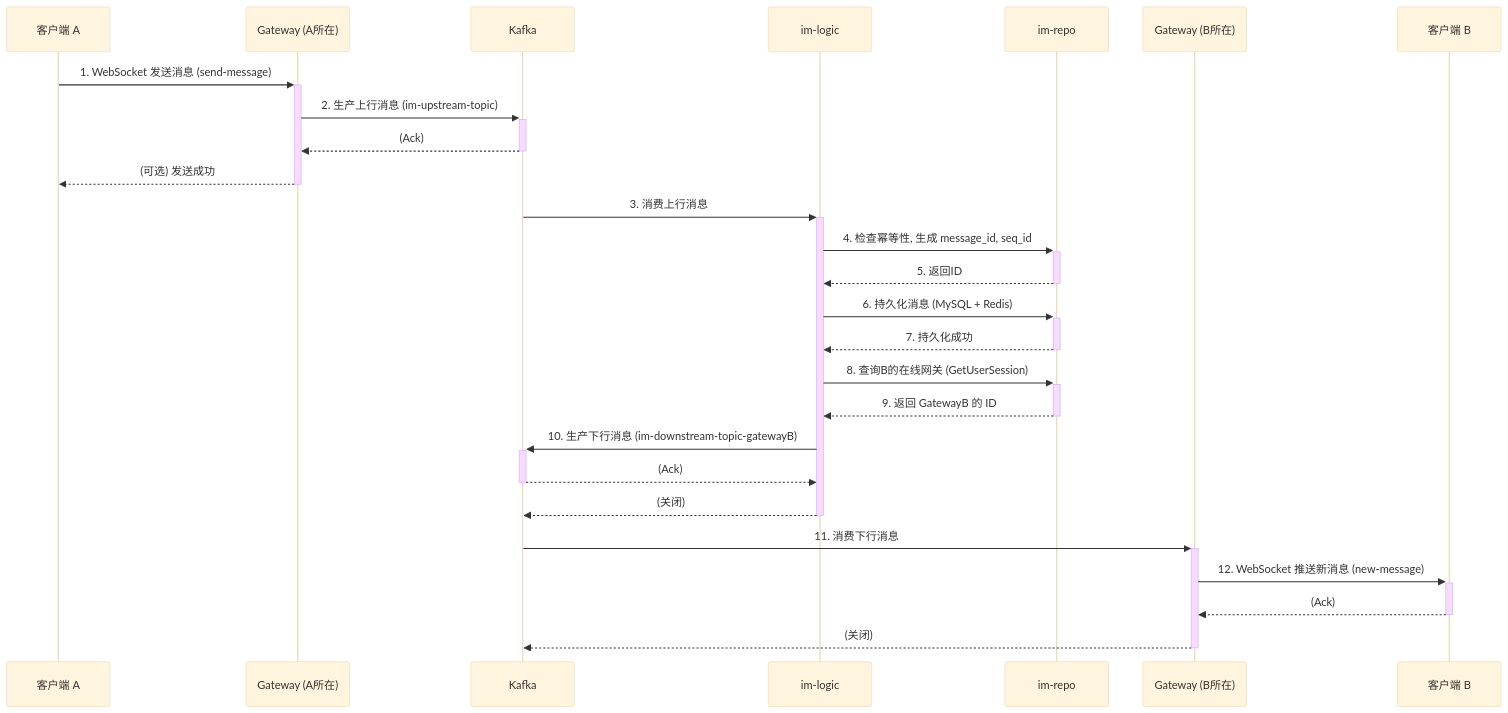
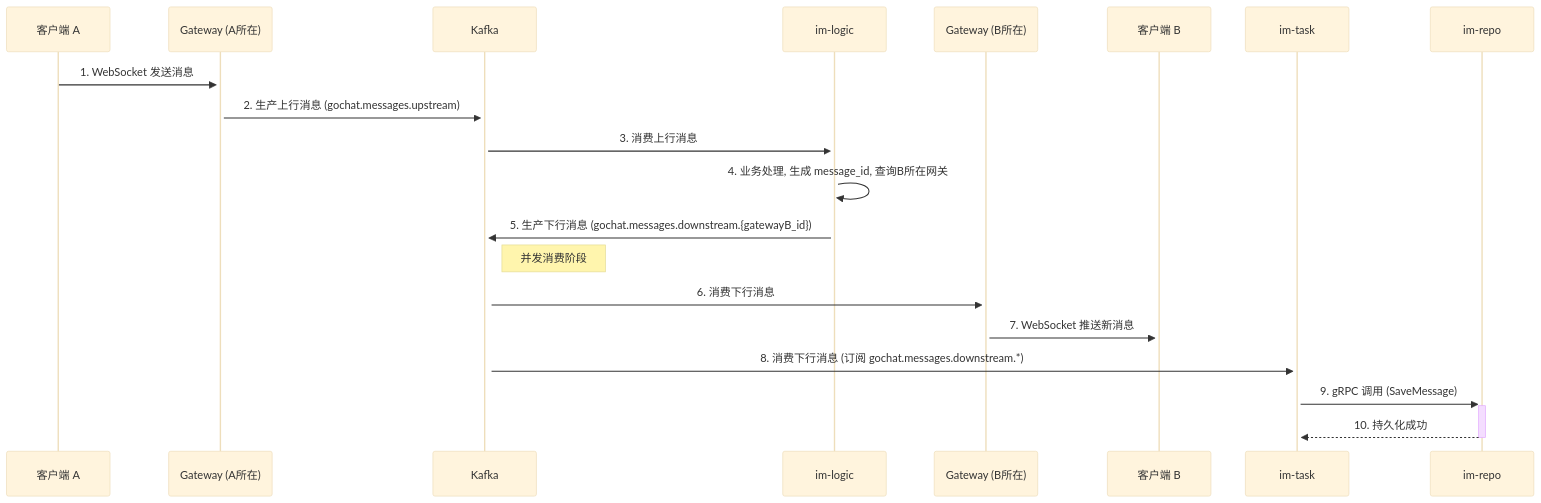
Before and after one commit to ceyewan/gochat: the second of 4 diagrams in docs/01_architecture/02_dataflow.md, drawn with Mermaid (base theme). The commit also changed other lines of this file and 19 other files, not shown here.

````diff
--- a/docs/01_architecture/02_dataflow.md
+++ b/docs/01_architecture/02_dataflow.md
@@ -38,31 +38,26 @@
 ```mermaid
 sequenceDiagram
     participant ClientA as 客户端 A
     participant GatewayA as Gateway (A所在)
     participant Kafka as Kafka
     participant Logic as im-logic
-    participant Repo as im-repo
     participant GatewayB as Gateway (B所在)
     participant ClientB as 客户端 B
+    participant Task as im-task
+    participant Repo as im-repo
 
-    ClientA->>+GatewayA: 1. WebSocket 发送消息 (send-message)
-    GatewayA->>+Kafka: 2. 生产上行消息 (im-upstream-topic)
-    Kafka-->>-GatewayA: (Ack)
-    GatewayA-->>-ClientA: (可选) 发送成功
+    ClientA->>+GatewayA: 1. WebSocket 发送消息
+    GatewayA->>+Kafka: 2. 生产上行消息 (gochat.messages.upstream)
 
     Kafka->>+Logic: 3. 消费上行消息
-    Logic->>+Repo: 4. 检查幂等性, 生成 message_id, seq_id
-    Repo-->>-Logic: 5. 返回ID
-    Logic->>+Repo: 6. 持久化消息 (MySQL + Redis)
-    Repo-->>-Logic: 7. 持久化成功
-    Logic->>+Repo: 8. 查询B的在线网关 (GetUserSession)
-    Repo-->>-Logic: 9. 返回 GatewayB 的 ID
-    Logic->>+Kafka: 10. 生产下行消息 (im-downstream-topic-gatewayB)
-    Kafka-->>-Logic: (Ack)
-    Logic-->>-Kafka: (关闭)
-
-    Kafka->>+GatewayB: 11. 消费下行消息
-    GatewayB->>+ClientB: 12. WebSocket 推送新消息 (new-message)
-    ClientB-->>-GatewayB: (Ack)
-    GatewayB-->>-Kafka: (关闭)
+    Logic->>Logic: 4. 业务处理, 生成 message_id, 查询B所在网关
+    Logic->>+Kafka: 5. 生产下行消息 (gochat.messages.downstream.{gatewayB_id})
+    
+    note right of Kafka: 并发消费阶段
+    Kafka->>+GatewayB: 6. 消费下行消息
+    GatewayB->>+ClientB: 7. WebSocket 推送新消息
+    
+    Kafka->>+Task: 8. 消费下行消息 (订阅 gochat.messages.downstream.*)
+    Task->>+Repo: 9. gRPC 调用 (SaveMessage)
+    Repo-->>-Task: 10. 持久化成功
 ```
````
